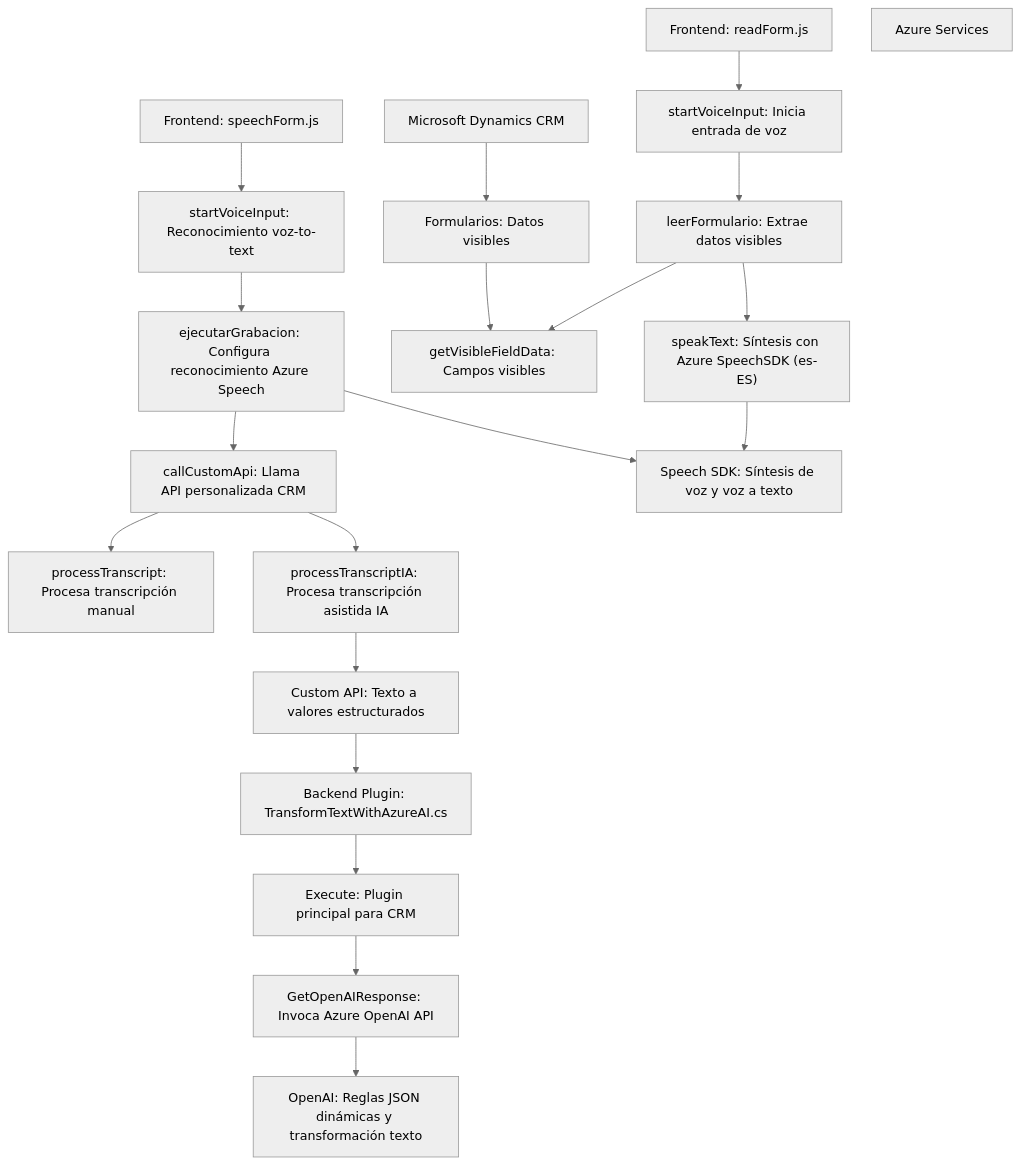
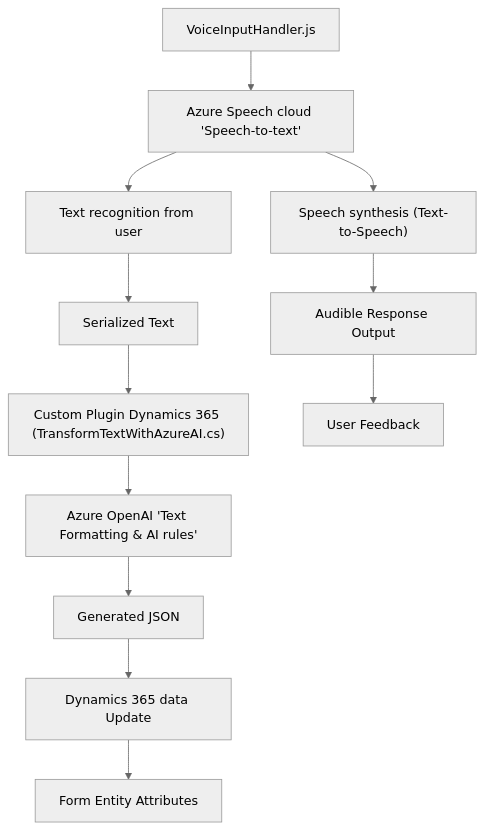
Before and after one commit to blopezdm/NETCORE_BILBAO2025: the diagram in README.md, drawn with Mermaid (neutral theme). The commit also changed other lines of this file, not shown here.

Commit message:
Actualizar análisis global de la solución con IA

````diff
--- a/README.md
+++ b/README.md
@@ -46,34 +32,15 @@
 ```mermaid
 graph TD
-    A["Frontend: readForm.js"]
-    A1["startVoiceInput: Inicia entrada de voz"]
-    A2["leerFormulario: Extrae datos visibles"]
-    A3["speakText: Síntesis con Azure SpeechSDK (es-ES)"]
-    A4["getVisibleFieldData: Campos visibles"]
-    A --> A1 --> A2 --> A3
-    A2 --> A4
-    B["Frontend: speechForm.js"]
-    B1["startVoiceInput: Reconocimiento voz-to-text"]
-    B2["callCustomApi: Llama API personalizada CRM"]
-    B3["ejecutarGrabacion: Configura reconocimiento Azure Speech"]
-    B --> B1 --> B3 --> B2
-    B4["processTranscript: Procesa transcripción manual"]
-    B2 --> B4
-    B5["processTranscriptIA: Procesa transcripción asistida IA"]
-    B2 --> B5
-    C["Backend Plugin: TransformTextWithAzureAI.cs"]
-    C1["Execute: Plugin principal para CRM"]
-    C2["GetOpenAIResponse: Invoca Azure OpenAI API"]
-    C --> C1 --> C2
-    D["Azure Services"]
-    D1["Speech SDK: Síntesis de voz y voz a texto"]
-    D2["OpenAI: Reglas JSON dinámicas y transformación texto"]
-    A3 --> D1
-    B3 --> D1
-    C2 --> D2
-    E["Microsoft Dynamics CRM"]
-    E1["Formularios: Datos visibles"]
-    E2["Custom API: Texto a valores estructurados"]
-    E --> E1 --> A4
-    B5 --> E2 --> C
+    A["VoiceInputHandler.js"] --> B1["Azure Speech cloud 'Speech-to-text'"]
+    B1 --> B2["Text recognition from user"]
+    B2 --> C1["Serialized Text"]
+    C1 --> D["Custom Plugin Dynamics 365 (TransformTextWithAzureAI.cs)"]
+    D --> D1["Azure OpenAI 'Text Formatting & AI rules'"]
+    D1 --> D2["Generated JSON"]
+    D2 --> E["Dynamics 365 data Update"]
+    E --> E1["Form Entity Attributes"]
+
+    B1 --> F["Speech synthesis (Text-to-Speech)"]
+    F --> G["Audible Response Output"]
+    G --> H["User Feedback"]
 ```
````
